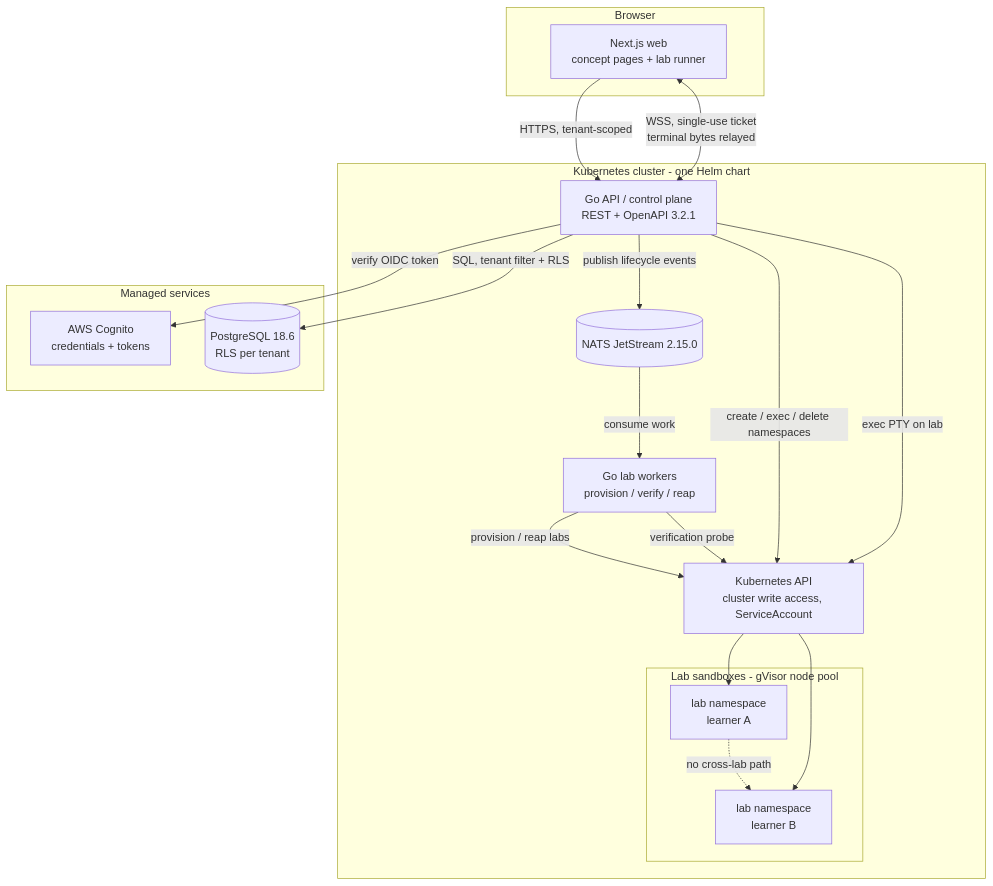
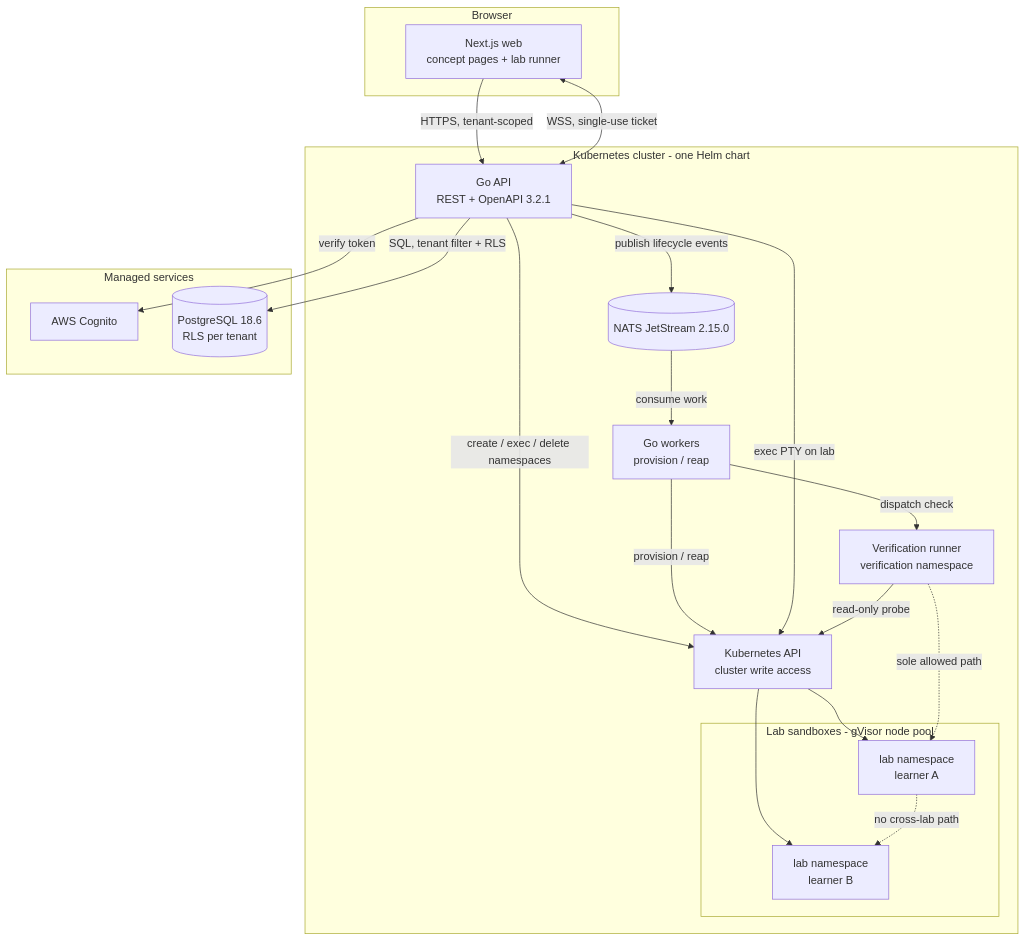
The diagram in docs/architecture/system.md (KahlubDev/DistroLearn), drawn with Mermaid before and after one commit. The commit also changed other lines of this file and 10 other files, not shown here.

````diff
--- a/docs/architecture/system.md
+++ b/docs/architecture/system.md
@@ -42,36 +64,39 @@
 ```mermaid
 flowchart TB
     subgraph Browser
         UI[Next.js web<br/>concept pages + lab runner]
     end
 
     subgraph Cluster["Kubernetes cluster - one Helm chart"]
-        API[Go API / control plane<br/>REST + OpenAPI 3.2.1]
-        WK[Go lab workers<br/>provision / verify / reap]
+        API[Go API<br/>REST + OpenAPI 3.2.1]
+        WK[Go workers<br/>provision / reap]
         BUS[(NATS JetStream 2.15.0)]
-        K8S[Kubernetes API<br/>cluster write access, ServiceAccount]
+        K8S[Kubernetes API<br/>cluster write access]
+        RUN[Verification runner<br/>verification namespace]
         subgraph Labs["Lab sandboxes - gVisor node pool"]
             L1[lab namespace<br/>learner A]
             L2[lab namespace<br/>learner B]
         end
     end
 
     subgraph Managed["Managed services"]
-        IDP[AWS Cognito<br/>credentials + tokens]
+        IDP[AWS Cognito]
         DB[(PostgreSQL 18.6<br/>RLS per tenant)]
     end
 
     UI -->|"HTTPS, tenant-scoped"| API
-    UI <-->|"WSS, single-use ticket<br/>terminal bytes relayed"| API
-    API -->|"verify OIDC token"| IDP
+    UI <-->|"WSS, single-use ticket"| API
+    API -->|"verify token"| IDP
     API -->|"SQL, tenant filter + RLS"| DB
     API -->|"publish lifecycle events"| BUS
     BUS -->|"consume work"| WK
     API -->|"create / exec / delete namespaces"| K8S
-    WK -->|"provision / reap labs"| K8S
+    WK -->|"provision / reap"| K8S
     API -->|"exec PTY on lab"| K8S
-    WK -->|"verification probe"| K8S
+    WK -->|"dispatch check"| RUN
+    RUN -->|"read-only probe"| K8S
     K8S --> L1
     K8S --> L2
+    RUN -.->|"sole allowed path"| L1
     L1 -.->|"no cross-lab path"| L2
 ```
````
